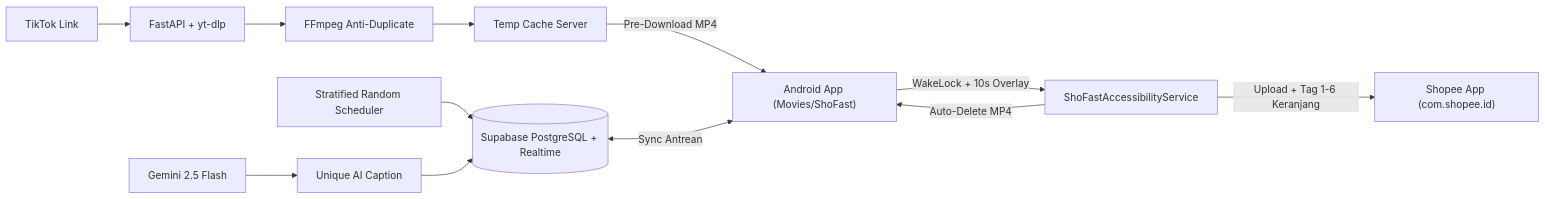
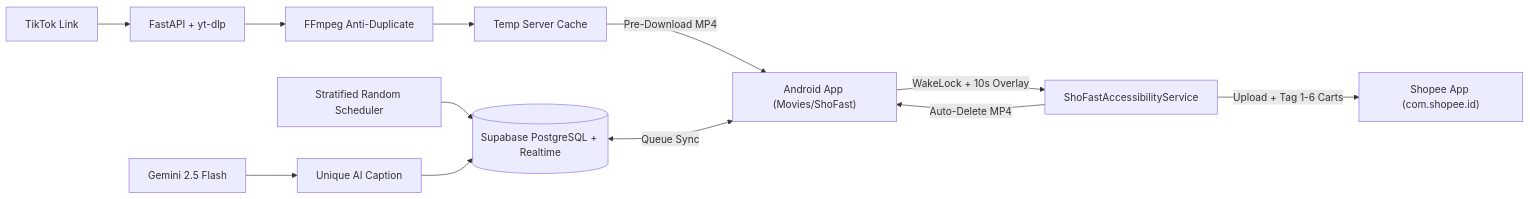
The diagram in README.md (alzahraramadhani/ShoFast), drawn with Mermaid before and after one commit. The commit also changed other lines of this file, not shown here.

````diff
--- a/README.md
+++ b/README.md
@@ -37,14 +37,14 @@
 ```mermaid
 flowchart LR
     A["TikTok Link"] --> B["FastAPI + yt-dlp"]
     B --> C["FFmpeg Anti-Duplicate"]
-    C --> D["Temp Cache Server"]
+    C --> D["Temp Server Cache"]
     E["Gemini 2.5 Flash"] --> F["Unique AI Caption"]
     G["Stratified Random Scheduler"] --> H[("Supabase PostgreSQL + Realtime")]
     F --> H
     D -->|Pre-Download MP4| I["Android App (Movies/ShoFast)"]
-    H <-->|Sync Antrean| I
+    H <-->|Queue Sync| I
     I -->|WakeLock + 10s Overlay| J["ShoFastAccessibilityService"]
-    J -->|Upload + Tag 1-6 Keranjang| K["Shopee App (com.shopee.id)"]
+    J -->|Upload + Tag 1-6 Carts| K["Shopee App (com.shopee.id)"]
     J -->|Auto-Delete MP4| I
 ```
````
